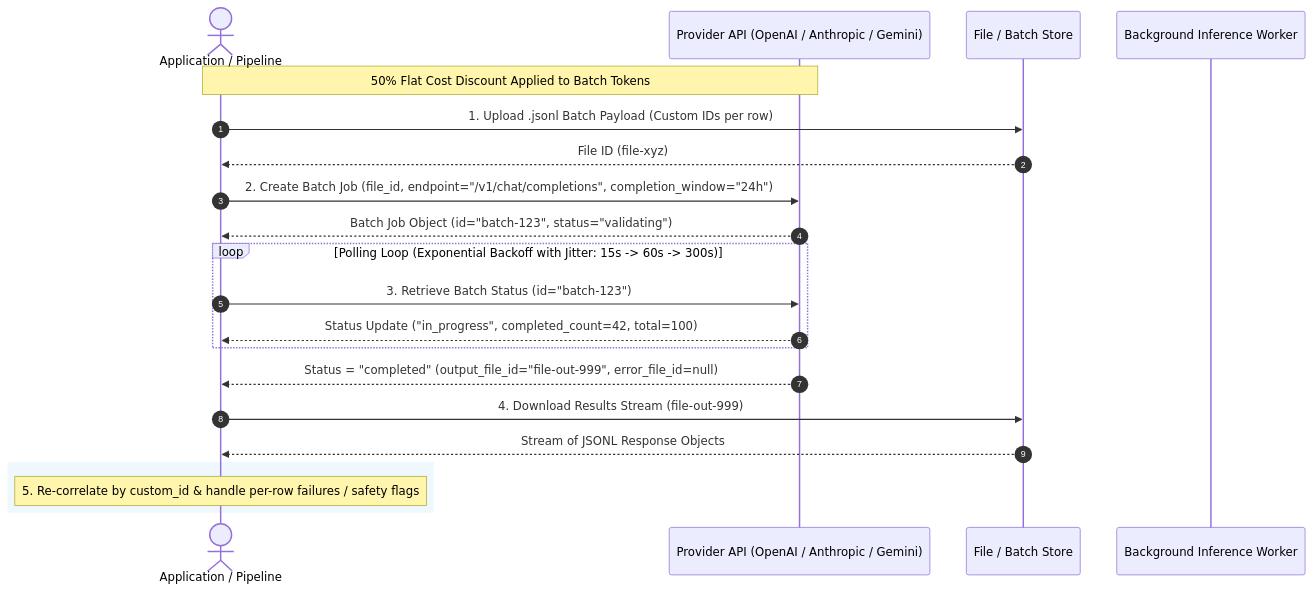
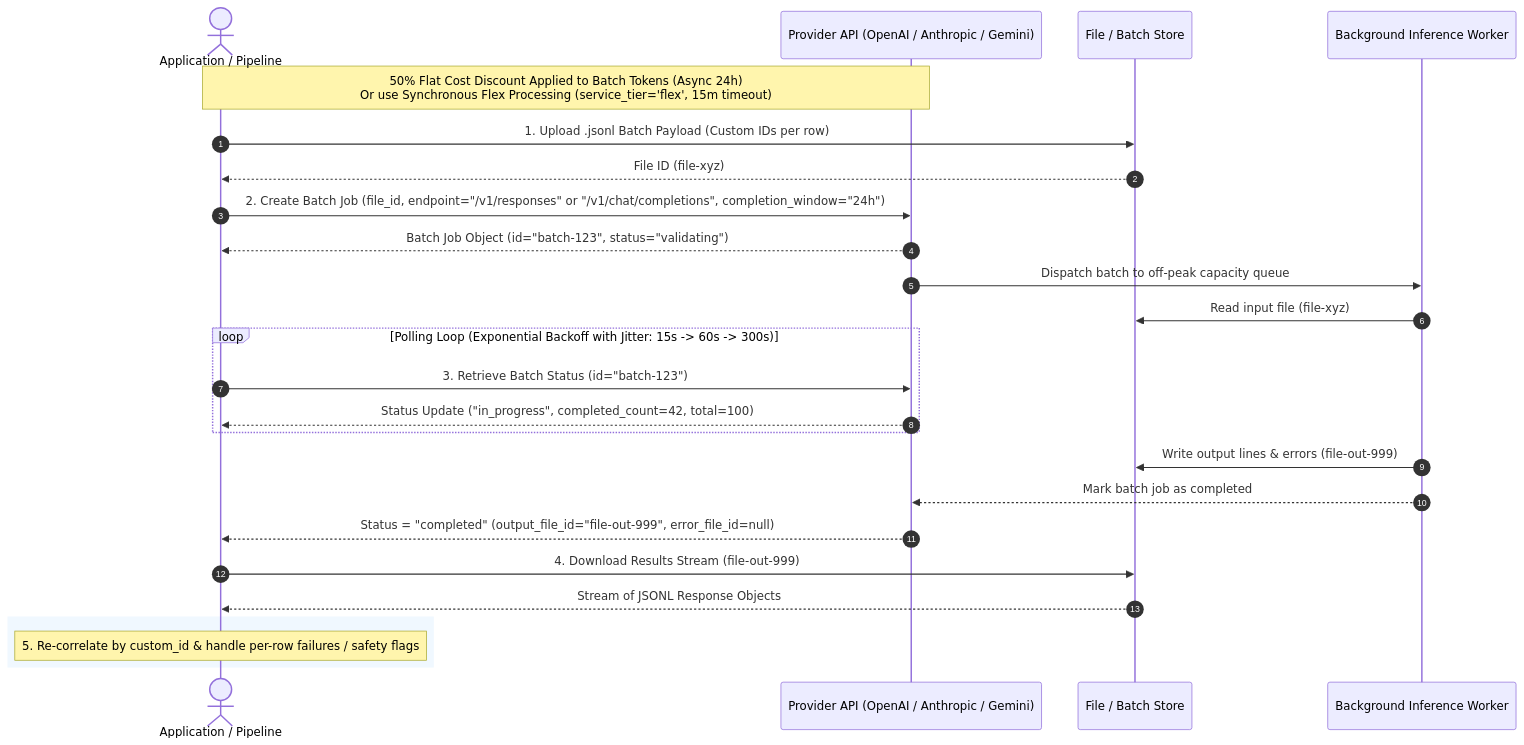
The diagram in diagrams/batch_lifecycle.mmd (pnas/eai-app-development), drawn with Mermaid before and after one commit. The commit also changed 197 other files, not shown here.

````diff
--- a/diagrams/batch_lifecycle.mmd
+++ b/diagrams/batch_lifecycle.mmd
@@ -1,29 +1,33 @@
-```mermaid
 sequenceDiagram
     autonumber
     actor Engineer as Application / Pipeline
     participant API as Provider API (OpenAI / Anthropic / Gemini)
     participant Storage as File / Batch Store
     participant Compute as Background Inference Worker
 
-    Note over Engineer,API: 50% Flat Cost Discount Applied to Batch Tokens
+    Note over Engineer,API: 50% Flat Cost Discount Applied to Batch Tokens (Async 24h)<br/>Or use Synchronous Flex Processing (service_tier='flex', 15m timeout)
     Engineer->>Storage: 1. Upload .jsonl Batch Payload (Custom IDs per row)
     Storage-->>Engineer: File ID (file-xyz)
     
-    Engineer->>API: 2. Create Batch Job (file_id, endpoint="/v1/chat/completions", completion_window="24h")
+    Engineer->>API: 2. Create Batch Job (file_id, endpoint="/v1/responses" or "/v1/chat/completions", completion_window="24h")
     API-->>Engineer: Batch Job Object (id="batch-123", status="validating")
+    
+    API->>Compute: Dispatch batch to off-peak capacity queue
+    Compute->>Storage: Read input file (file-xyz)
 
     loop Polling Loop (Exponential Backoff with Jitter: 15s -> 60s -> 300s)
         Engineer->>API: 3. Retrieve Batch Status (id="batch-123")
         API-->>Engineer: Status Update ("in_progress", completed_count=42, total=100)
     end
+
+    Compute->>Storage: Write output lines & errors (file-out-999)
+    Compute-->>API: Mark batch job as completed
 
     API-->>Engineer: Status = "completed" (output_file_id="file-out-999", error_file_id=null)
     
     Engineer->>Storage: 4. Download Results Stream (file-out-999)
     Storage-->>Engineer: Stream of JSONL Response Objects
     
     rect rgb(240, 248, 255)
         Note over Engineer: 5. Re-correlate by custom_id & handle per-row failures / safety flags
     end
-```
````
